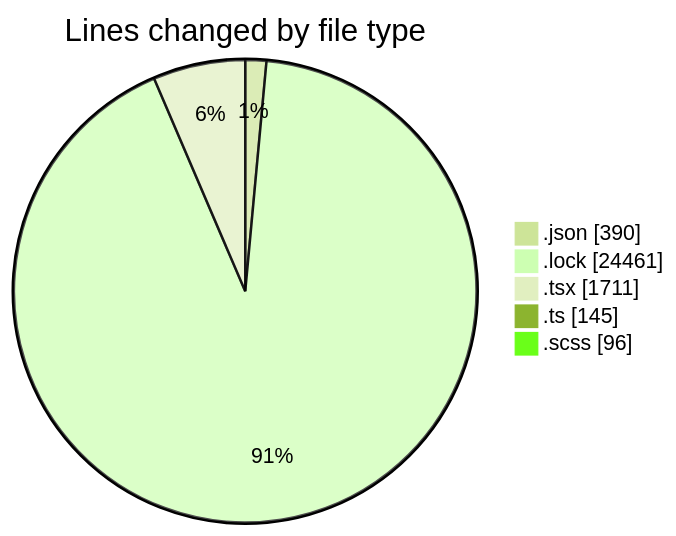
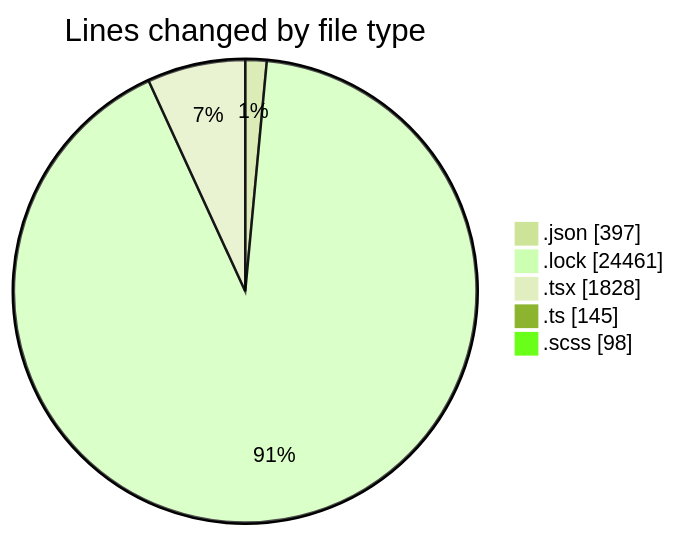
Before and after one commit to momahboobian/code-tracking: the first of 2 diagrams in 2026-05-14/cda/README.md, drawn with Mermaid (forest theme). The commit also changed other lines of this file and 1 other file, not shown here.

````diff
--- a/2026-05-14/cda/README.md
+++ b/2026-05-14/cda/README.md
@@ -35,9 +36,9 @@
 ```mermaid
 pie showData
 title Lines changed by file type
-".json" : 390
+".json" : 397
 ".lock" : 24461
-".tsx" : 1711
+".tsx" : 1828
 ".ts" : 145
-".scss" : 96
+".scss" : 98
 ```
````
